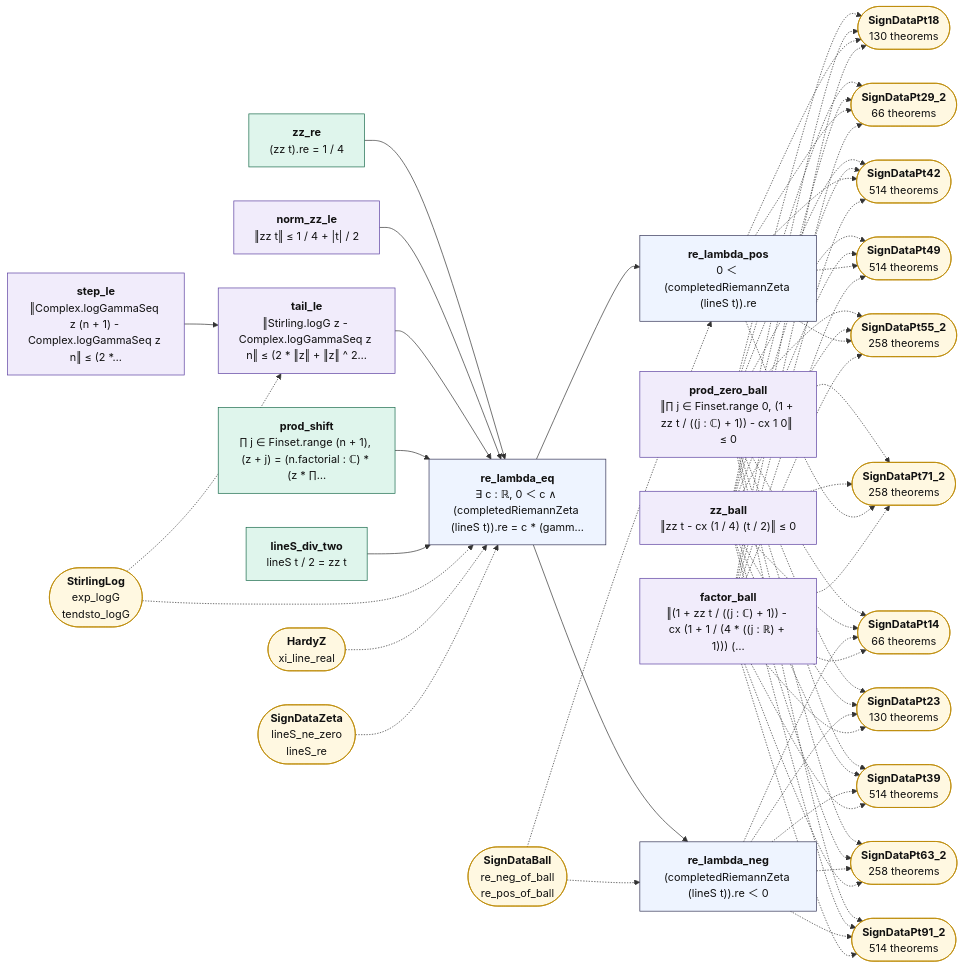
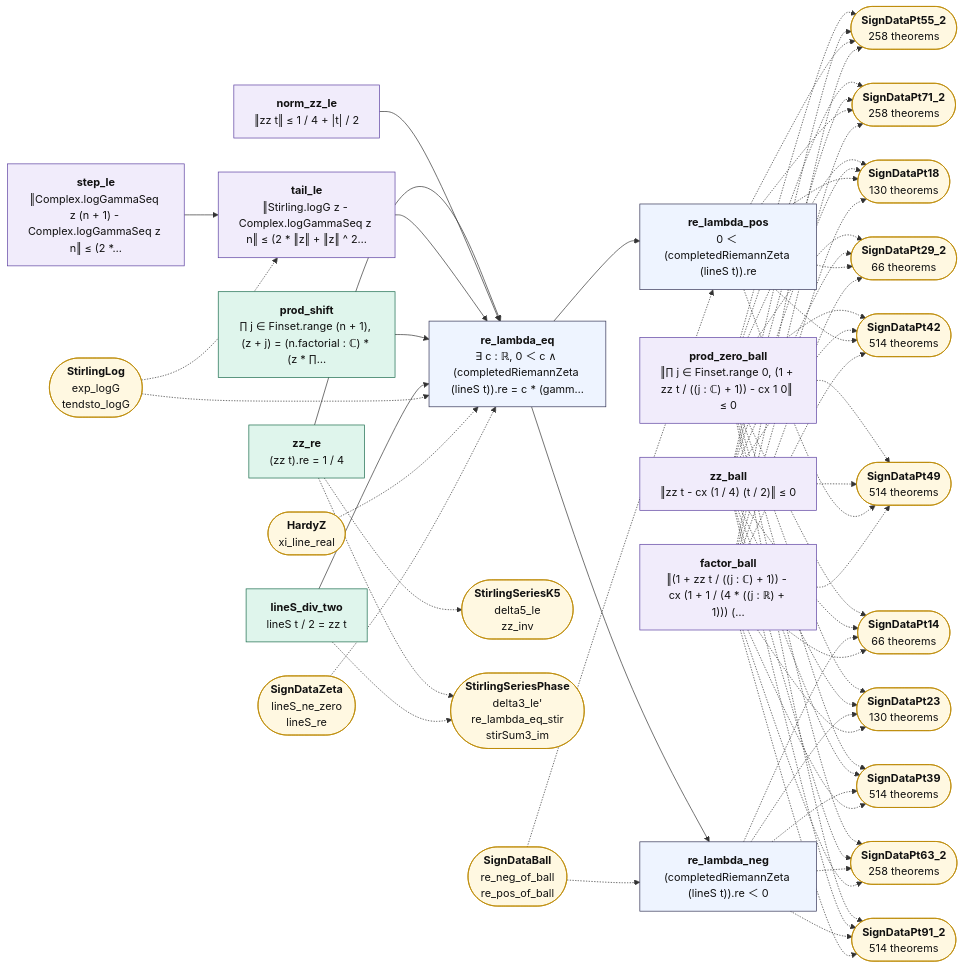
One commit to juliansambranojr/Primebeat_081426 changed the diagram in map/lean_stage3/SignDataGamma.md. Above: the diagram before and after it, drawn with Mermaid. The commit also changed other lines of this file and 63 other files, not shown here.

```diff
--- a/map/lean_stage3/SignDataGamma.md
+++ b/map/lean_stage3/SignDataGamma.md
@@ -25,21 +25,23 @@
   n9["<b>factor_ball</b><br/>‖(1 + zz t / ((j : ℂ) + 1)) - cx (1 + 1 / (4 * ((j : ℝ) + 1))) (…"]:::shp
   n10["<b>prod_zero_ball</b><br/>‖∏ j ∈ Finset.range 0, (1 + zz t / ((j : ℂ) + 1)) - cx 1 0‖ ≤ 0"]:::shp
   n11["<b>zz_ball</b><br/>‖zz t - cx (1 / 4) (t / 2)‖ ≤ 0"]:::shp
-  x0(["<b>StirlingLog</b><br/>exp_logG<br/>tendsto_logG"]):::ext
-  x1(["<b>HardyZ</b><br/>xi_line_real"]):::ext
-  x2(["<b>SignDataZeta</b><br/>lineS_ne_zero<br/>lineS_re"]):::ext
-  x3(["<b>SignDataBall</b><br/>re_neg_of_ball<br/>re_pos_of_ball"]):::ext
-  x4(["<b>SignDataPt18</b><br/>130 theorems"]):::ext
-  x5(["<b>SignDataPt29_2</b><br/>66 theorems"]):::ext
-  x6(["<b>SignDataPt42</b><br/>514 theorems"]):::ext
-  x7(["<b>SignDataPt49</b><br/>514 theorems"]):::ext
-  x8(["<b>SignDataPt55_2</b><br/>258 theorems"]):::ext
-  x9(["<b>SignDataPt71_2</b><br/>258 theorems"]):::ext
-  x10(["<b>SignDataPt14</b><br/>66 theorems"]):::ext
-  x11(["<b>SignDataPt23</b><br/>130 theorems"]):::ext
-  x12(["<b>SignDataPt39</b><br/>514 theorems"]):::ext
-  x13(["<b>SignDataPt63_2</b><br/>258 theorems"]):::ext
-  x14(["<b>SignDataPt91_2</b><br/>514 theorems"]):::ext
+  x0(["<b>StirlingSeriesK5</b><br/>delta5_le<br/>zz_inv"]):::ext
+  x1(["<b>StirlingSeriesPhase</b><br/>delta3_le'<br/>re_lambda_eq_stir<br/>stirSum3_im"]):::ext
+  x2(["<b>StirlingLog</b><br/>exp_logG<br/>tendsto_logG"]):::ext
+  x3(["<b>HardyZ</b><br/>xi_line_real"]):::ext
+  x4(["<b>SignDataZeta</b><br/>lineS_ne_zero<br/>lineS_re"]):::ext
+  x5(["<b>SignDataBall</b><br/>re_neg_of_ball<br/>re_pos_of_ball"]):::ext
+  x6(["<b>SignDataPt18</b><br/>130 theorems"]):::ext
+  x7(["<b>SignDataPt29_2</b><br/>66 theorems"]):::ext
+  x8(["<b>SignDataPt42</b><br/>514 theorems"]):::ext
+  x9(["<b>SignDataPt49</b><br/>514 theorems"]):::ext
+  x10(["<b>SignDataPt55_2</b><br/>258 theorems"]):::ext
+  x11(["<b>SignDataPt71_2</b><br/>258 theorems"]):::ext
+  x12(["<b>SignDataPt14</b><br/>66 theorems"]):::ext
+  x13(["<b>SignDataPt23</b><br/>130 theorems"]):::ext
+  x14(["<b>SignDataPt39</b><br/>514 theorems"]):::ext
+  x15(["<b>SignDataPt63_2</b><br/>258 theorems"]):::ext
+  x16(["<b>SignDataPt91_2</b><br/>514 theorems"]):::ext
   n0 --> n6
   n1 --> n6
   n2 --> n3
@@ -48,13 +50,15 @@
   n5 --> n6
   n6 --> n7
   n6 --> n8
+  n0 -.-> x0
+  n0 -.-> x1
   n10 -.-> x10
   n10 -.-> x11
   n10 -.-> x12
   n10 -.-> x13
   n10 -.-> x14
-  n10 -.-> x4
-  n10 -.-> x5
+  n10 -.-> x15
+  n10 -.-> x16
   n10 -.-> x6
   n10 -.-> x7
   n10 -.-> x8
@@ -64,40 +68,41 @@
   n11 -.-> x12
   n11 -.-> x13
   n11 -.-> x14
-  n11 -.-> x4
-  n11 -.-> x5
+  n11 -.-> x15
+  n11 -.-> x16
   n11 -.-> x6
   n11 -.-> x7
   n11 -.-> x8
   n11 -.-> x9
-  n7 -.-> x4
-  n7 -.-> x5
+  n5 -.-> x1
+  n7 -.-> x10
+  n7 -.-> x11
   n7 -.-> x6
   n7 -.-> x7
   n7 -.-> x8
   n7 -.-> x9
-  n8 -.-> x10
-  n8 -.-> x11
   n8 -.-> x12
   n8 -.-> x13
   n8 -.-> x14
+  n8 -.-> x15
+  n8 -.-> x16
   n9 -.-> x10
   n9 -.-> x11
   n9 -.-> x12
   n9 -.-> x13
   n9 -.-> x14
-  n9 -.-> x4
-  n9 -.-> x5
+  n9 -.-> x15
+  n9 -.-> x16
   n9 -.-> x6
   n9 -.-> x7
   n9 -.-> x8
   n9 -.-> x9
-  x0 -.-> n3
-  x0 -.-> n6
-  x1 -.-> n6
+  x2 -.-> n3
   x2 -.-> n6
-  x3 -.-> n7
-  x3 -.-> n8
+  x3 -.-> n6
+  x4 -.-> n6
+  x5 -.-> n7
+  x5 -.-> n8
   classDef cnt fill:#dff5ec,stroke:#17694a,color:#111
   classDef shp fill:#f1ecfb,stroke:#5b3fa0,color:#111
   classDef rh fill:#ffe5e5,stroke:#c22,color:#111,stroke-width:2px
```
